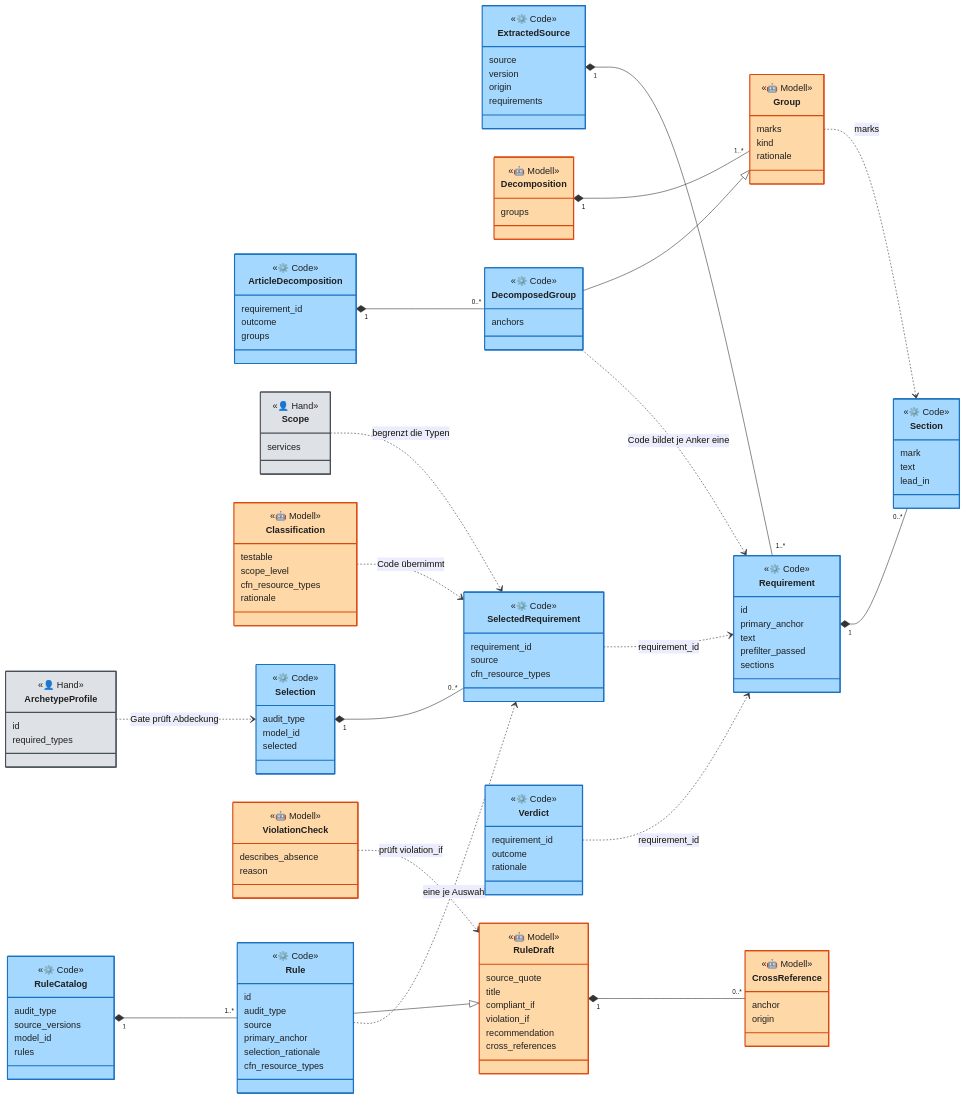
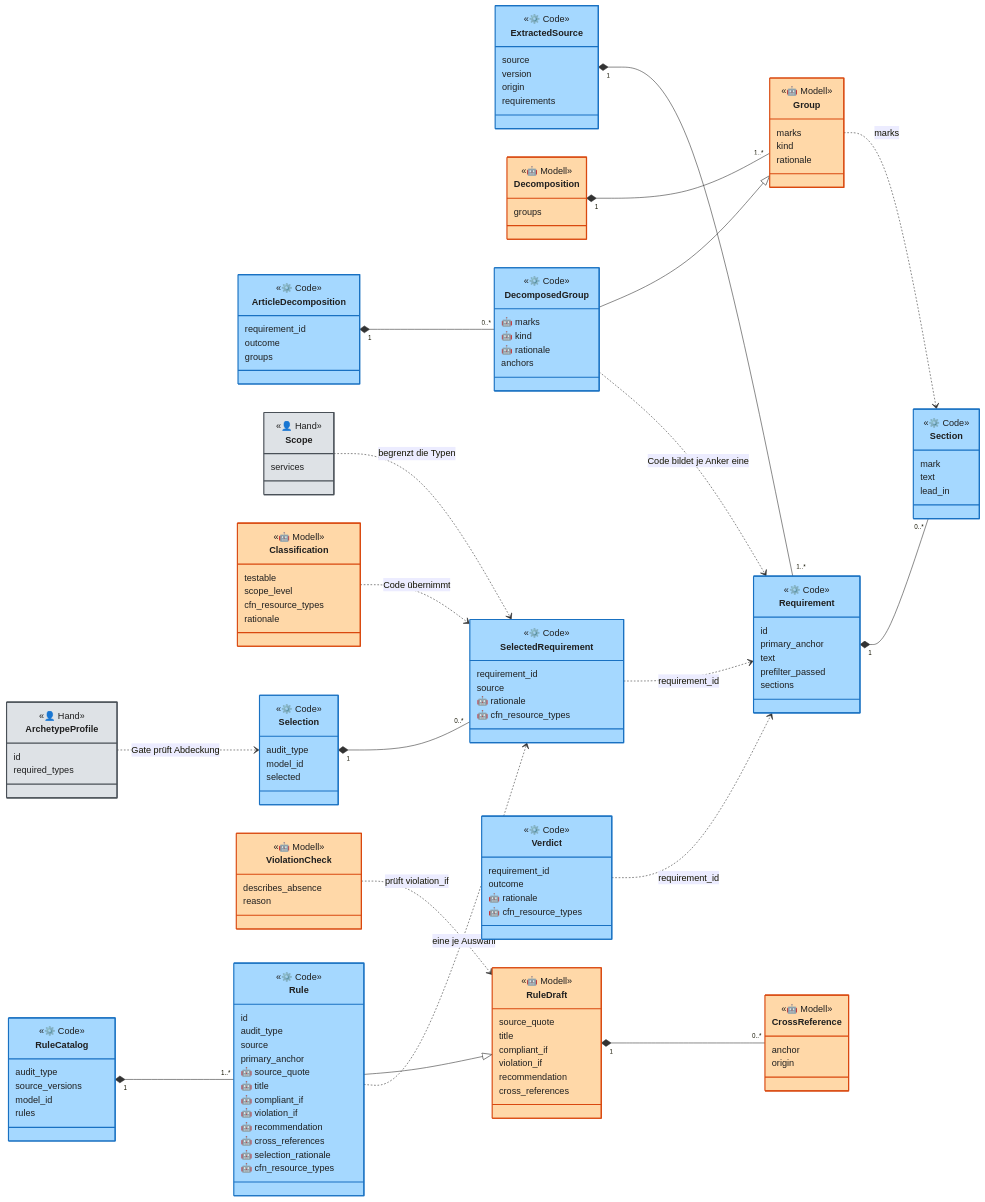
The fifth of 25 diagrams in docs/ARCHITECTURE.md (Daniel74/GovGuard), drawn with Mermaid before and after one commit. The commit also changed other lines of this file and 8 other files, not shown here.

Commit message:
#73 Architecture - second version

```diff
--- a/docs/ARCHITECTURE.md
+++ b/docs/ARCHITECTURE.md
@@ -268,6 +635,9 @@
   }
   class DecomposedGroup {
     <<⚙️ Code>>
+    🤖 marks
+    🤖 kind
+    🤖 rationale
     anchors
   }
   class ArticleDecomposition {
@@ -296,7 +666,8 @@
     <<⚙️ Code>>
     requirement_id
     source
-    cfn_resource_types
+    🤖 rationale
+    🤖 cfn_resource_types
   }
   class Selection {
     <<⚙️ Code>>
@@ -308,7 +679,8 @@
     <<⚙️ Code>>
     requirement_id
     outcome
-    rationale
+    🤖 rationale
+    🤖 cfn_resource_types
   }
   class RuleDraft {
     <<🤖 Modell>>
@@ -335,8 +707,14 @@
     audit_type
     source
     primary_anchor
-    selection_rationale
-    cfn_resource_types
+    🤖 source_quote
+    🤖 title
+    🤖 compliant_if
+    🤖 violation_if
+    🤖 recommendation
+    🤖 cross_references
+    🤖 selection_rationale
+    🤖 cfn_resource_types
   }
   class RuleCatalog {
     <<⚙️ Code>>
```
